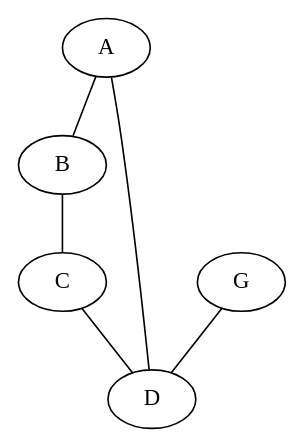
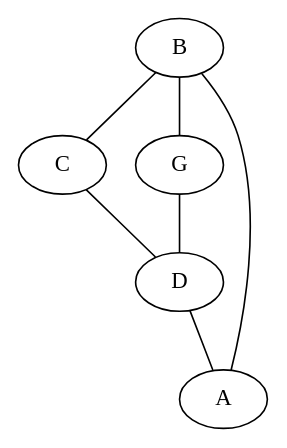
The diagram in sample_data/1234/src/index.md (oeb25/riport), drawn with Graphviz before and after one commit. The commit also changed other lines of this file and 22 other files, not shown here.

````diff
--- a/sample_data/1234/src/index.md
+++ b/sample_data/1234/src/index.md
@@ -26,9 +30,10 @@
 ```graphviz
 graph G {
-    A -- B
     B -- C
+    B -- G
     C -- D
     D -- A
+    A -- B
     G -- D
 }
 ```
````
